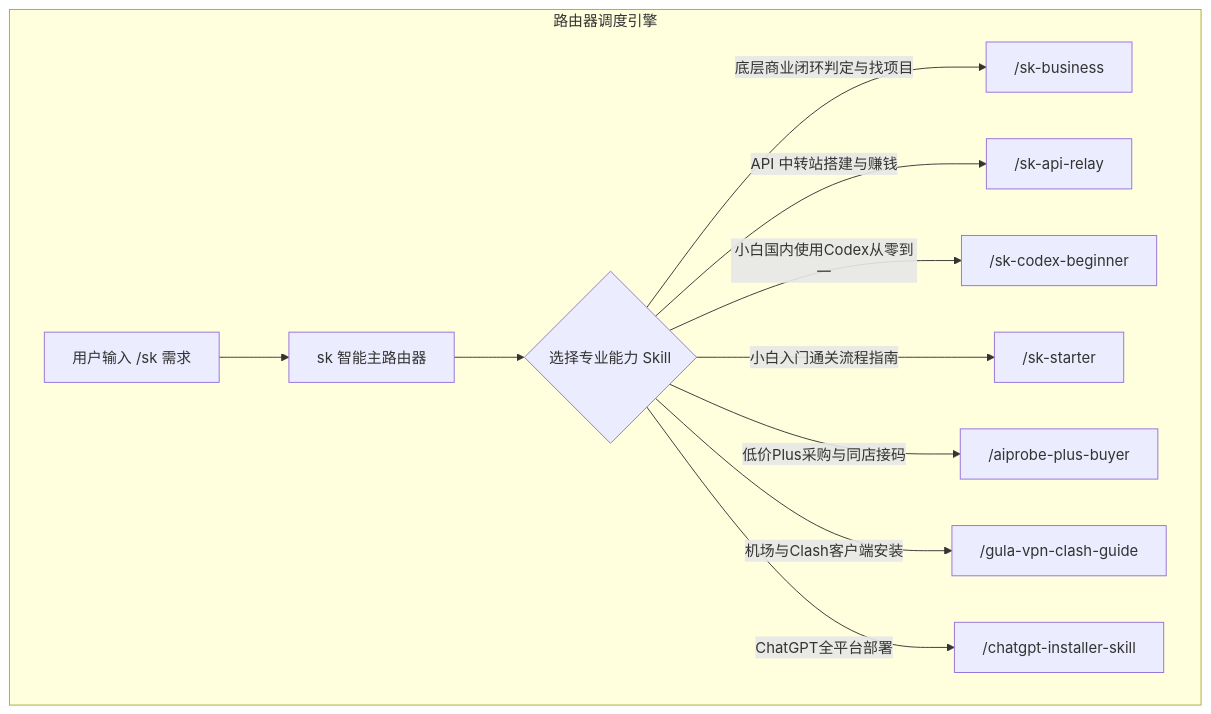
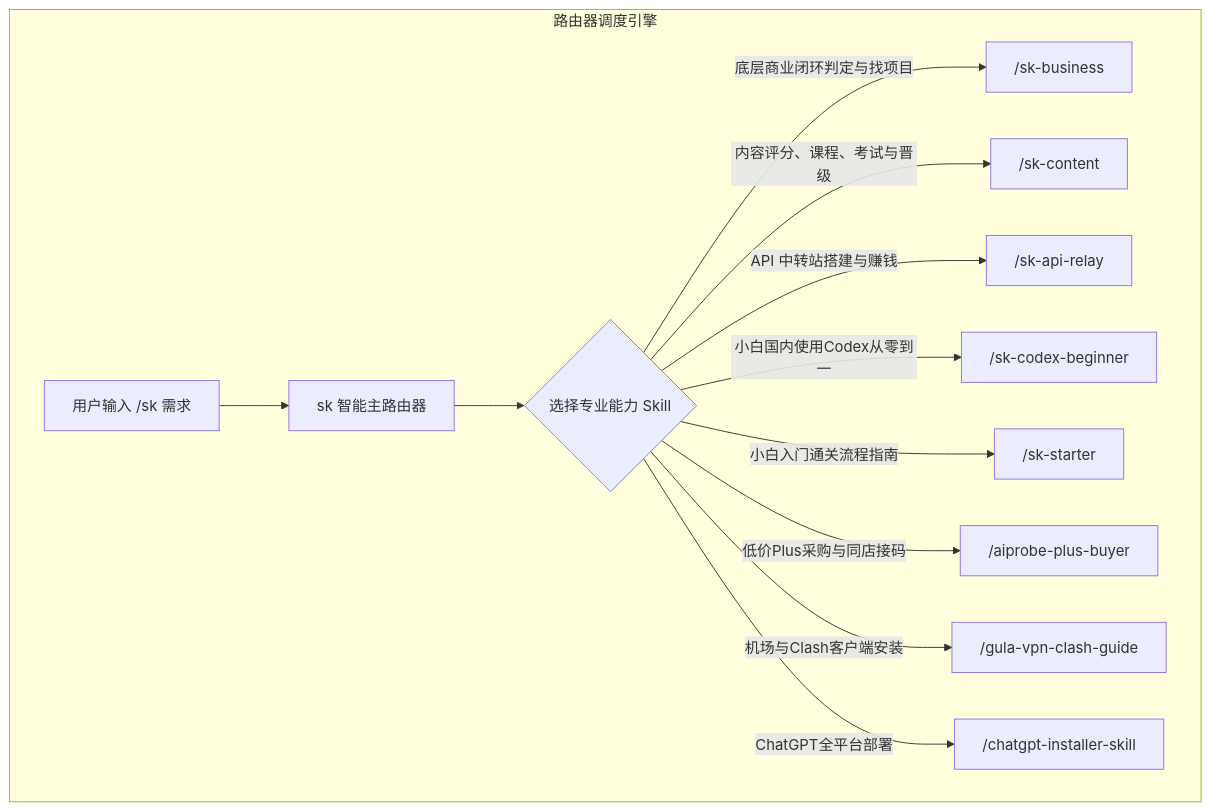
The diagram in README.md (ss22219/skilldb), drawn with Mermaid before and after one commit. The commit also changed other lines of this file and 30 other files, not shown here.

````diff
--- a/README.md
+++ b/README.md
@@ -38,14 +38,15 @@
 ```mermaid
 flowchart TD
     subgraph router ["路由器调度引擎"]
         A[用户输入 /sk 需求] --> B[sk 智能主路由器]
         B --> C{选择专业能力 Skill}
         C -->|底层商业闭环判定与找项目| D["/sk-business"]
-        C -->|API 中转站搭建与赚钱| E["/sk-api-relay"]
-        C -->|小白国内使用Codex从零到一| F["/sk-codex-beginner"]
-        C -->|小白入门通关流程指南| G["/sk-starter"]
-        C -->|低价Plus采购与同店接码| H["/aiprobe-plus-buyer"]
-        C -->|机场与Clash客户端安装| I["/gula-vpn-clash-guide"]
-        C -->|ChatGPT全平台部署| J["/chatgpt-installer-skill"]
+        C -->|内容评分、课程、考试与晋级| E["/sk-content"]
+        C -->|API 中转站搭建与赚钱| F["/sk-api-relay"]
+        C -->|小白国内使用Codex从零到一| G["/sk-codex-beginner"]
+        C -->|小白入门通关流程指南| H["/sk-starter"]
+        C -->|低价Plus采购与同店接码| I["/aiprobe-plus-buyer"]
+        C -->|机场与Clash客户端安装| J["/gula-vpn-clash-guide"]
+        C -->|ChatGPT全平台部署| K["/chatgpt-installer-skill"]
     end
 ```
````
